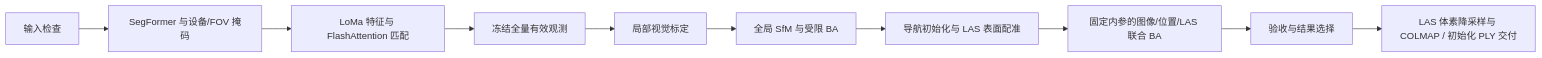
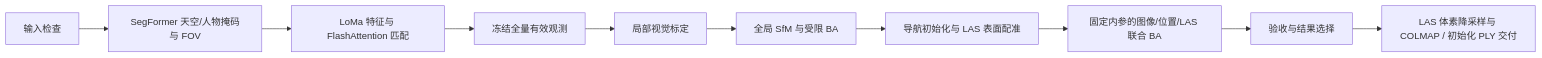
Before and after one commit to Niloux/GeosunPre: the diagram in README.md, drawn with Mermaid. The commit also changed other lines of this file and 51 other files, not shown here.

````diff
--- a/README.md
+++ b/README.md
@@ -5,12 +5,12 @@
 ```mermaid
 flowchart LR
-    A[输入检查] --> B[SegFormer 与设备/FOV 掩码]
+    A[输入检查] --> B[SegFormer 天空/人物掩码与 FOV]
     B --> C[LoMa 特征与 FlashAttention 匹配]
     C --> D[冻结全量有效观测]
     D --> E[局部视觉标定]
     E --> F[全局 SfM 与受限 BA]
     F --> G[导航初始化与 LAS 表面配准]
     G --> H[固定内参的图像/位置/LAS 联合 BA]
     H --> I[验收与结果选择]
     I --> J[LAS 体素降采样与 COLMAP / 初始化 PLY 交付]
 ```
````
